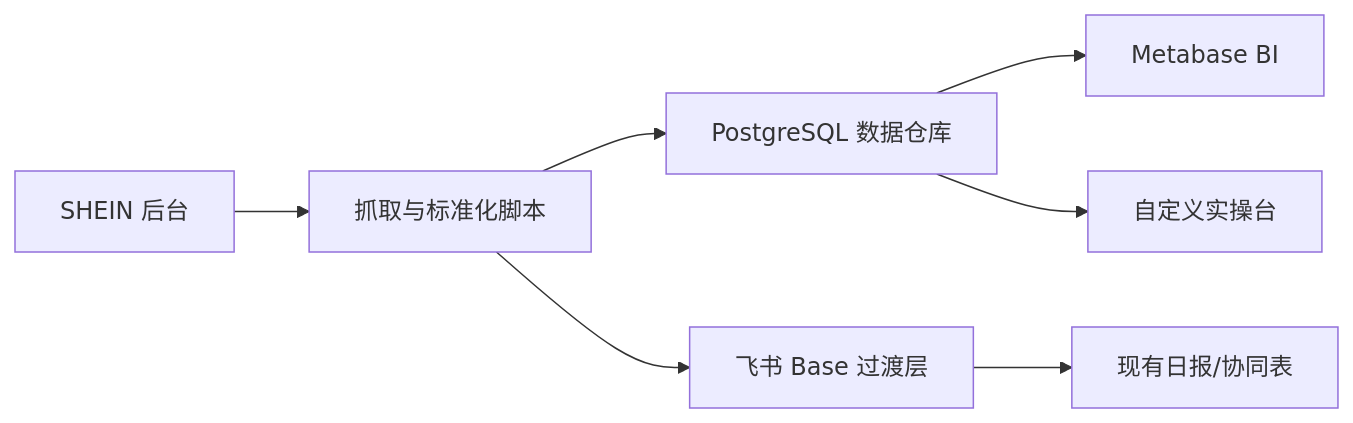
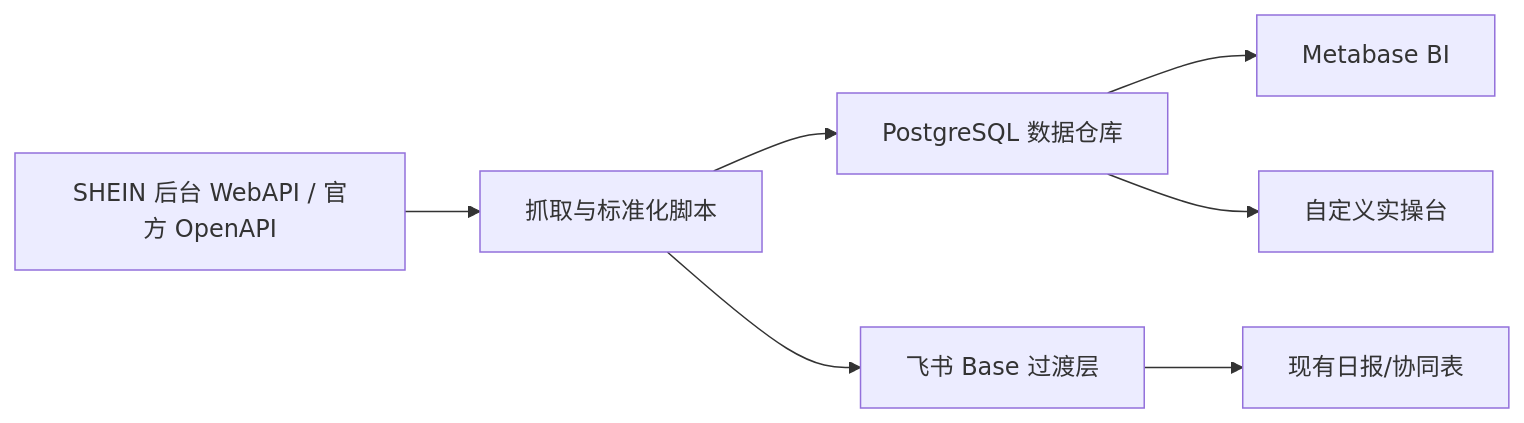
The diagram in docs/bi-system-architecture.md (dushengyi1993/shein-sales-bi), drawn with Mermaid before and after one commit. The commit also changed other lines of this file and 25 other files, not shown here.

````diff
--- a/docs/bi-system-architecture.md
+++ b/docs/bi-system-architecture.md
@@ -9,9 +9,9 @@
 ```mermaid
 flowchart LR
-  A["SHEIN 后台"] --> B["抓取与标准化脚本"]
+  A["SHEIN 后台 WebAPI / 官方 OpenAPI"] --> B["抓取与标准化脚本"]
   B --> C["PostgreSQL 数据仓库"]
   C --> D["Metabase BI"]
   C --> E["自定义实操台"]
   B --> F["飞书 Base 过渡层"]
   F --> G["现有日报/协同表"]
 ```
````
